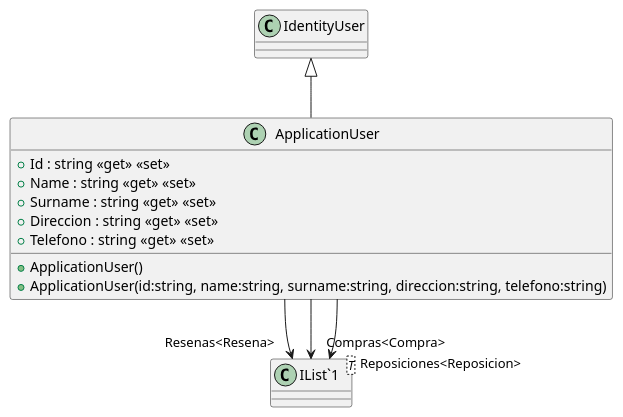
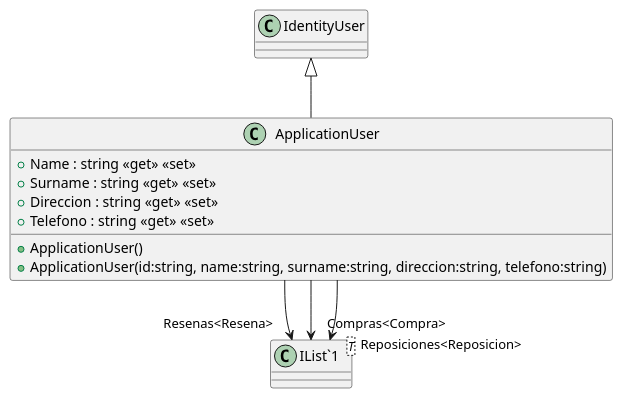
One commit to ISII2627LosGremlins/ISII2627LosGremlins changed the diagram in src/AppForSEII.API/ClassDiagram/ApplicationUser.puml. Above: the diagram before and after it, drawn with PlantUML. The commit also changed 1 other file, not shown here.

Commit message:
Creados el diagrama del CU2 y el diagrama general (#86)
Se ha creado el diagrama clases del caso de uso reposición de libros y el diagrama general del proyecto.

```diff
--- a/src/AppForSEII.API/ClassDiagram/ApplicationUser.puml
+++ b/src/AppForSEII.API/ClassDiagram/ApplicationUser.puml
@@ -1,17 +1,16 @@
 @startuml
 class ApplicationUser {
     + ApplicationUser()
     + ApplicationUser(id:string, name:string, surname:string, direccion:string, telefono:string)
-    + Id : string <<get>> <<set>>
     + Name : string <<get>> <<set>>
     + Surname : string <<get>> <<set>>
     + Direccion : string <<get>> <<set>>
     + Telefono : string <<get>> <<set>>
 }
 class "IList`1"<T> {
 }
 IdentityUser <|-- ApplicationUser
 ApplicationUser --> "Resenas<Resena>" "IList`1"
 ApplicationUser --> "Compras<Compra>" "IList`1"
 ApplicationUser --> "Reposiciones<Reposicion>" "IList`1"
 @enduml
```
